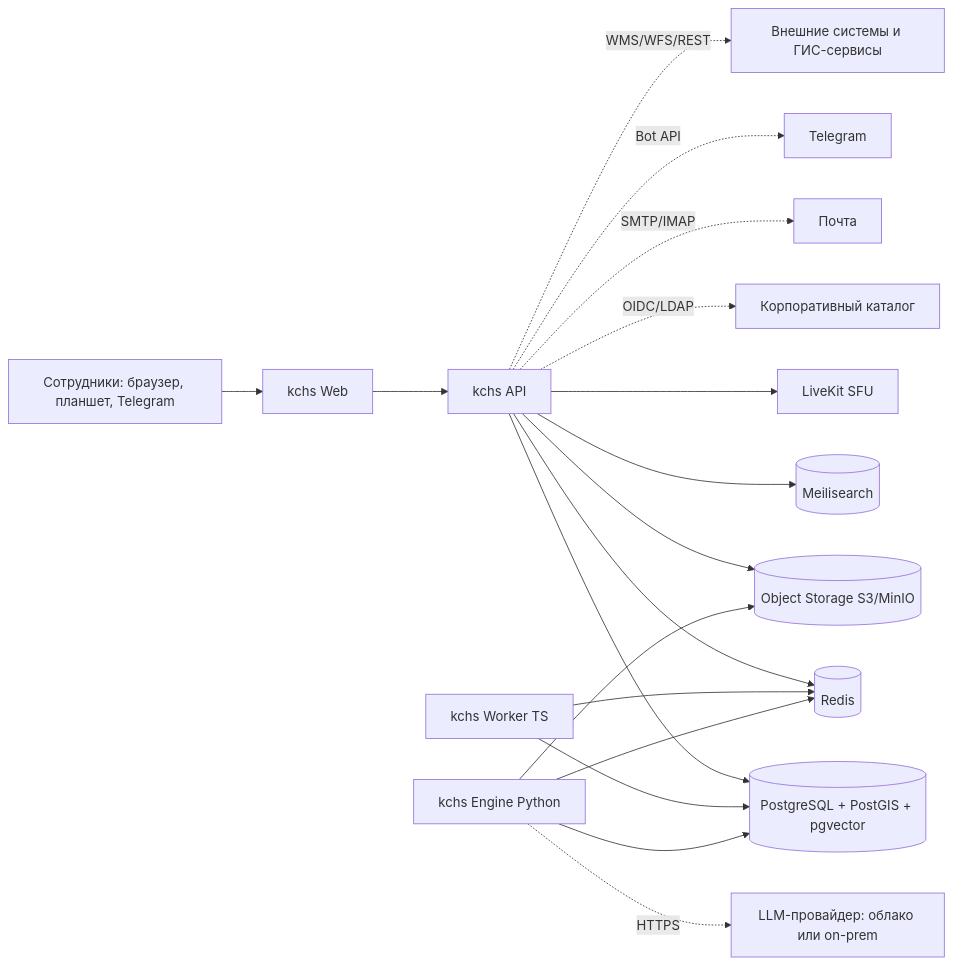
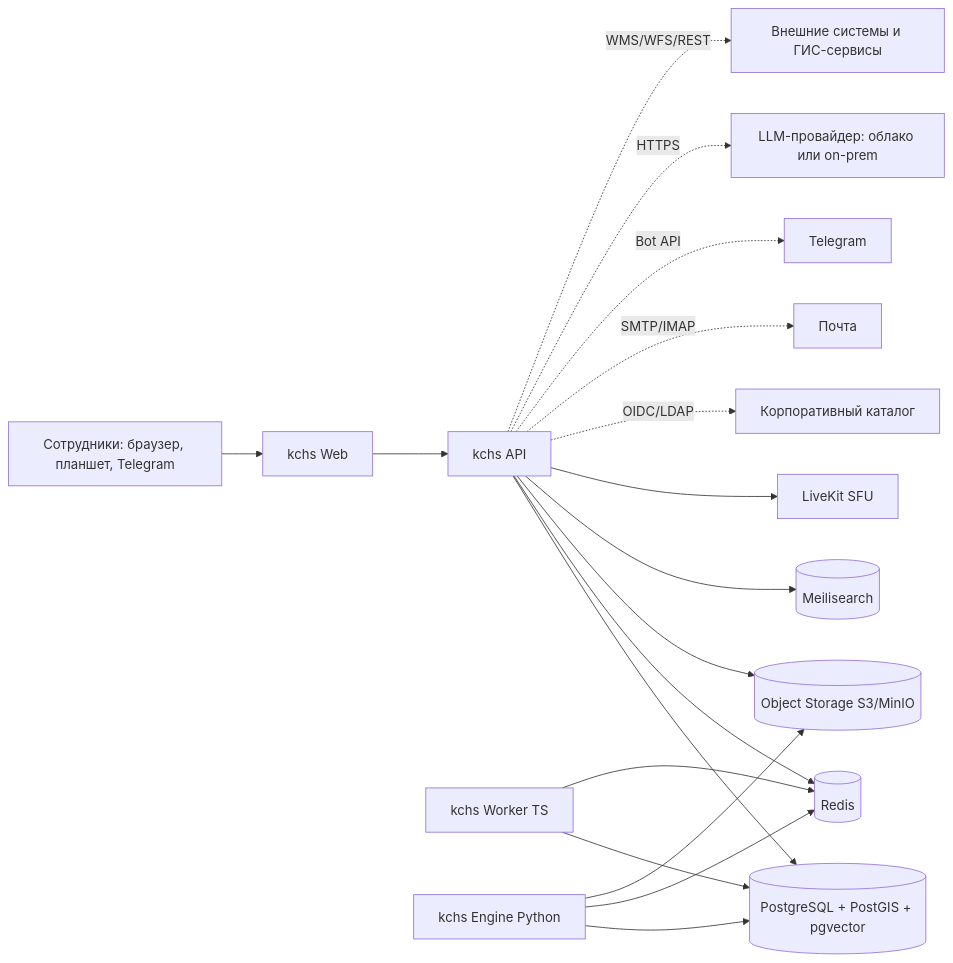
Before and after one commit to aminjon1065/kchs: the first of 2 diagrams in docs/02-architecture/01-overview.md, drawn with Mermaid. The commit also changed other lines of this file and 7 other files, not shown here.

````diff
--- a/docs/02-architecture/01-overview.md
+++ b/docs/02-architecture/01-overview.md
@@ -21,20 +21,20 @@
 ```mermaid
 flowchart LR
   U[Сотрудники: браузер, планшет, Telegram] --> W[kchs Web]
   W --> API[kchs API]
   API --> PG[(PostgreSQL + PostGIS + pgvector)]
   API --> R[(Redis)]
   API --> S3[(Object Storage S3/MinIO)]
   API --> MS[(Meilisearch)]
   API --> LK[LiveKit SFU]
   WK[kchs Worker TS] --> PG
   WK --> R
   EN[kchs Engine Python] --> PG
   EN --> R
   EN --> S3
   API -. OIDC/LDAP .-> IDP[Корпоративный каталог]
   API -. SMTP/IMAP .-> MAIL[Почта]
   API -. Bot API .-> TG[Telegram]
-  EN -. HTTPS .-> LLM[LLM-провайдер: облако или on-prem]
+  API -. HTTPS .-> LLM[LLM-провайдер: облако или on-prem]
   API -. WMS/WFS/REST .-> EXT[Внешние системы и ГИС-сервисы]
 ```
````
